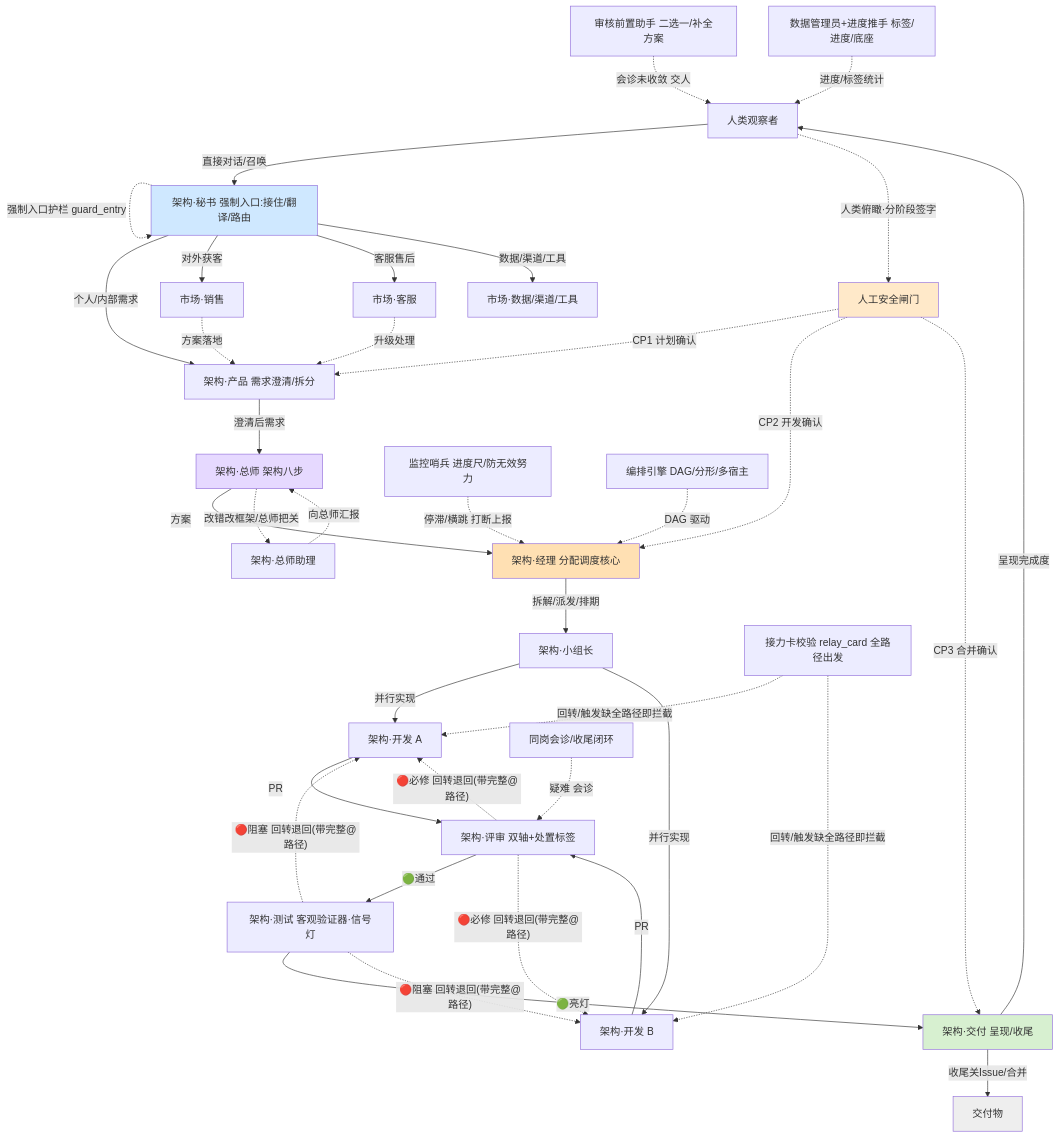
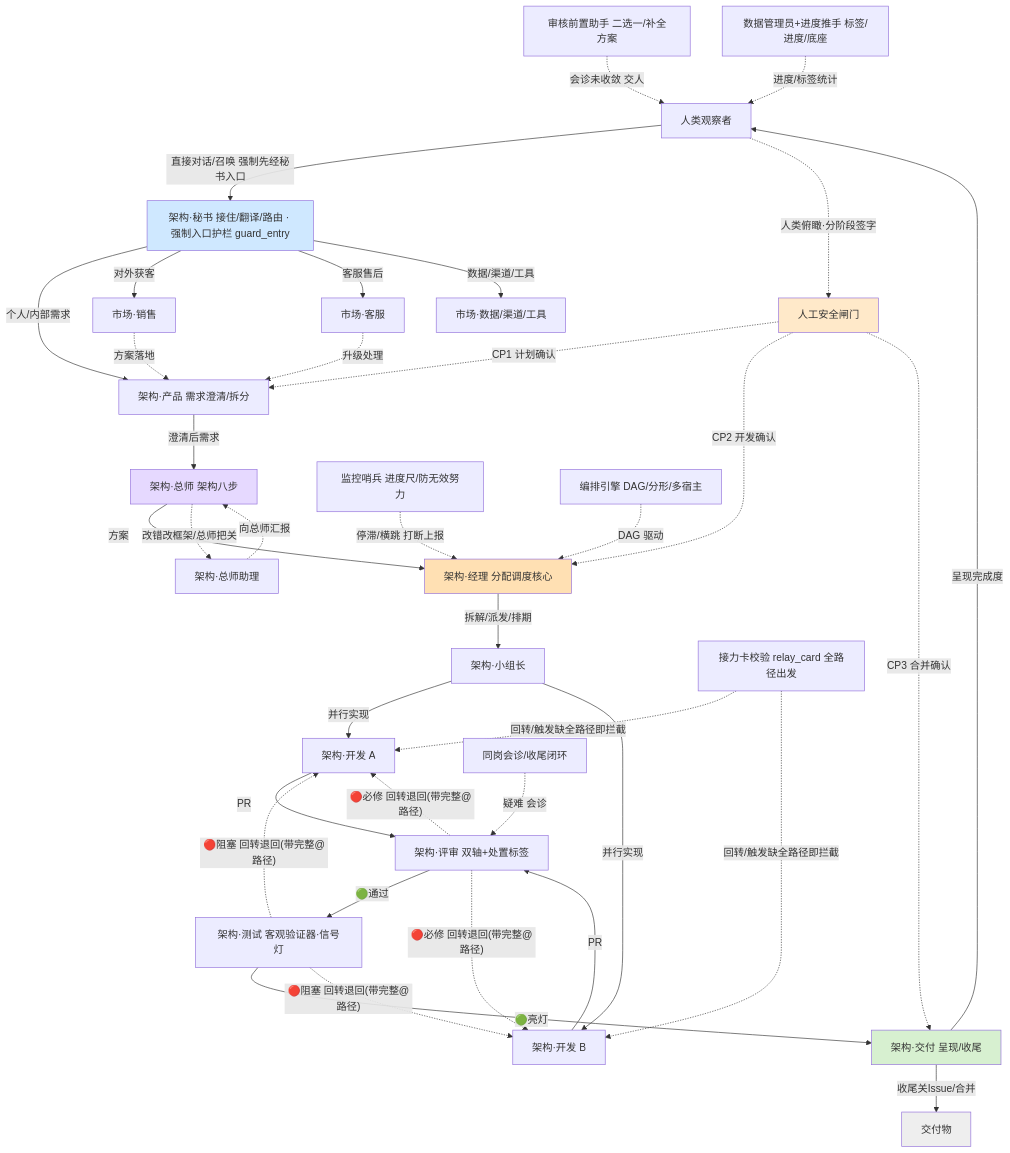
Before and after one commit to haodongzhang022-hue/dongjiagoushi: the diagram in docs/ARCHITECTURE.md, drawn with Mermaid.

Commit message:
docs(arch): mermaid 主图去自环边 — 秘书强制入口护栏改为节点名+边注表述 (Issue #142)

````diff
--- a/docs/ARCHITECTURE.md
+++ b/docs/ARCHITECTURE.md
@@ -12,58 +12,57 @@
 ```mermaid
 graph TD
-    HUM[人类观察者] -->|直接对话/召唤| SEC
+    HUM[人类观察者] -->|直接对话/召唤 强制先经秘书入口| SEC
     HUM -.人类俯瞰·分阶段签字.-> GATE[人工安全闸门]
 
-    SEC[架构·秘书 强制入口:接住/翻译/路由]
-    SEC -.强制入口护栏 guard_entry.-> SEC
+    SEC[架构·秘书 接住/翻译/路由 · 强制入口护栏 guard_entry]
     SEC -->|个人/内部需求| PROD[架构·产品 需求澄清/拆分]
     SEC -->|对外获客| SALE[市场·销售]
     SEC -->|客服售后| SUPP[市场·客服]
     SEC -->|数据/渠道/工具| MKT[市场·数据/渠道/工具]
 
     PROD -->|澄清后需求| ARCH[架构·总师 架构八步]
     ARCH -->|方案| MGR[架构·经理 分配调度核心]
     ARCH -.改错改框架/总师把关.-> ASST[架构·总师助理]
     MGR -->|拆解/派发/排期| LEAD[架构·小组长]
     LEAD -->|并行实现| D1[架构·开发 A]
     LEAD -->|并行实现| D2[架构·开发 B]
     D1 -->|PR| REV[架构·评审 双轴+处置标签]
     D2 -->|PR| REV
     REV -->|🟢通过| TST[架构·测试 客观验证器·信号灯]
     TST -->|🟢亮灯| DEL[架构·交付 呈现/收尾]
     DEL -->|呈现完成度| HUM
     DEL -->|收尾关Issue/合并| OUT[交付物]
 
     GATE -.CP1 计划确认.-> PROD
     GATE -.CP2 开发确认.-> MGR
     GATE -.CP3 合并确认.-> DEL
 
     REV -.🔴必修 回转退回(带完整@路径).-> D1
     REV -.🔴必修 回转退回(带完整@路径).-> D2
     TST -.🔴阻塞 回转退回(带完整@路径).-> D1
     TST -.🔴阻塞 回转退回(带完整@路径).-> D2
     SALE -.方案落地.-> PROD
     SUPP -.升级处理.-> PROD
     ASST -.向总师汇报.-> ARCH
 
     SN[监控哨兵 进度尺/防无效努力]
     PRE[审核前置助手 二选一/补全方案]
     PEER[同岗会诊/收尾闭环]
     DAT[数据管理员+进度推手 标签/进度/底座]
     HOST[编排引擎 DAG/分形/多宿主]
     RELAY[接力卡校验 relay_card 全路径出发]
     SN -.停滞/横跳 打断上报.-> MGR
     PRE -.会诊未收敛 交人.-> HUM
     PEER -.疑难 会诊.-> REV
     DAT -.进度/标签统计.-> HUM
     HOST -.DAG 驱动.-> MGR
     RELAY -.回转/触发缺全路径即拦截.-> D1
     RELAY -.回转/触发缺全路径即拦截.-> D2
 
     style SEC fill:#cfe8ff
     style DEL fill:#d7f0d0
     style GATE fill:#ffe9c9
     style ARCH fill:#e6d9ff
     style MGR fill:#ffe0b3
     style OUT fill:#eee
 ```
````
